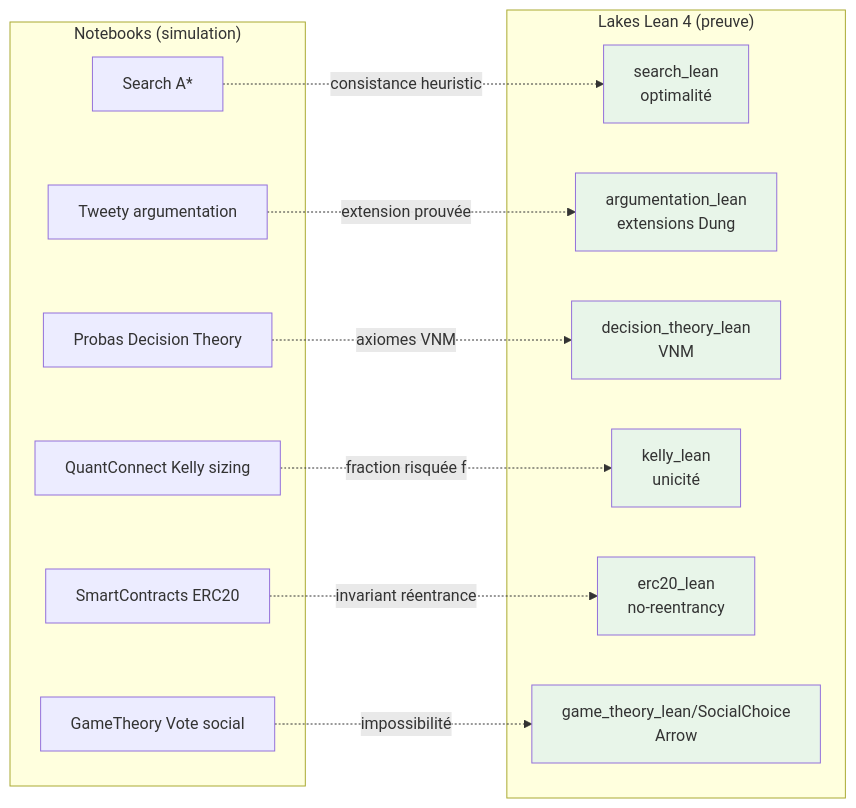
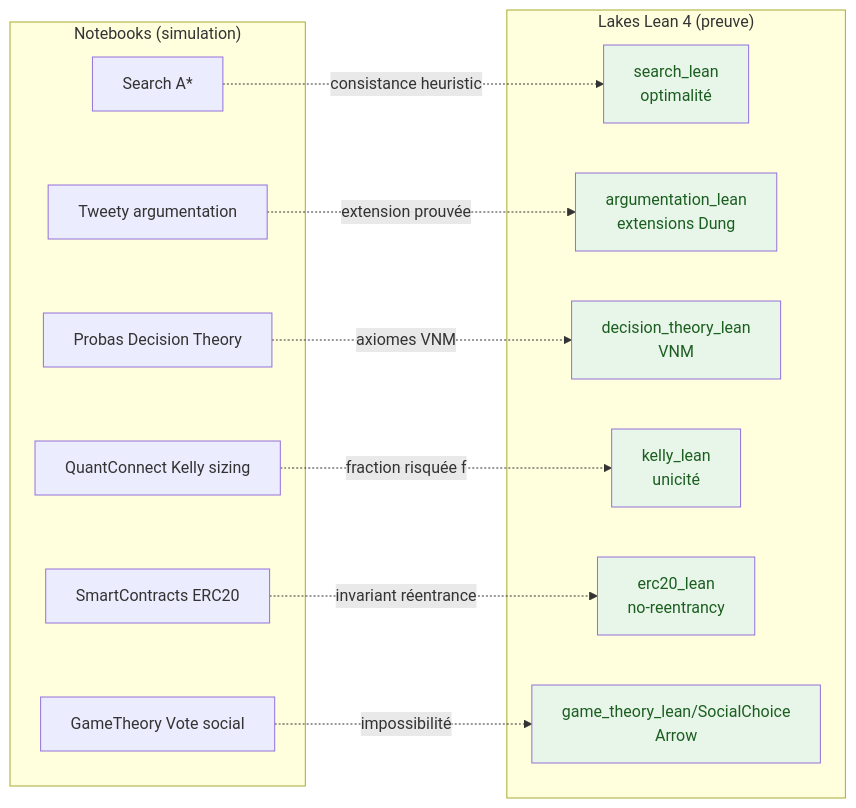
Before and after one commit to jsboige/CoursIA: the second of 2 diagrams in MyIA.AI.Notebooks/README.md, drawn with Mermaid. The commit also changed 3 other files, not shown here.

First line of the commit message:
fix(docs,#15516): color: explicite sur les regles mermaid fill: des READMEs racine/Notebooks/ML/SymbolicAI (4 fichiers, 18 regles)

````diff
--- a/MyIA.AI.Notebooks/README.md
+++ b/MyIA.AI.Notebooks/README.md
@@ -302,31 +302,32 @@
 ```mermaid
 flowchart LR
     subgraph SIM["Notebooks (simulation)"]
         N1[Search A*]
         N2[Tweety argumentation]
         N3[Probas Decision Theory]
         N4[QuantConnect Kelly sizing]
         N5[SmartContracts ERC20]
         N6[GameTheory Vote social]
     end
     subgraph LEAN["Lakes Lean 4 (preuve)"]
         L1["search_lean<br/>optimalité"]
         L2["argumentation_lean<br/>extensions Dung"]
         L3["decision_theory_lean<br/>VNM"]
         L4["kelly_lean<br/>unicité"]
         L5["erc20_lean<br/>no-reentrancy"]
         L6["game_theory_lean/SocialChoice<br/>Arrow"]
     end
     N1 -. "consistance heuristic" .-> L1
     N2 -. "extension prouvée" .-> L2
     N3 -. "axiomes VNM" .-> L3
     N4 -. "fraction risquée f" .-> L4
     N5 -. "invariant réentrance" .-> L5
     N6 -. "impossibilité" .-> L6
-    style L1 fill:#e8f5e9
-    style L2 fill:#e8f5e9
-    style L3 fill:#e8f5e9
-    style L4 fill:#e8f5e9
-    style L5 fill:#e8f5e9
-    style L6 fill:#e8f5e9
+    %% color: explicite -- sans lui, libelle clair sur fond clair en mode sombre GitHub (#15022) ; ton parfois plus fonce que le stroke (le stroke en couleur de texte rendrait infer illisible) : ne pas harmoniser
+    style L1 fill:#e8f5e9,color:#1b5e20
+    style L2 fill:#e8f5e9,color:#1b5e20
+    style L3 fill:#e8f5e9,color:#1b5e20
+    style L4 fill:#e8f5e9,color:#1b5e20
+    style L5 fill:#e8f5e9,color:#1b5e20
+    style L6 fill:#e8f5e9,color:#1b5e20
 ```
````
